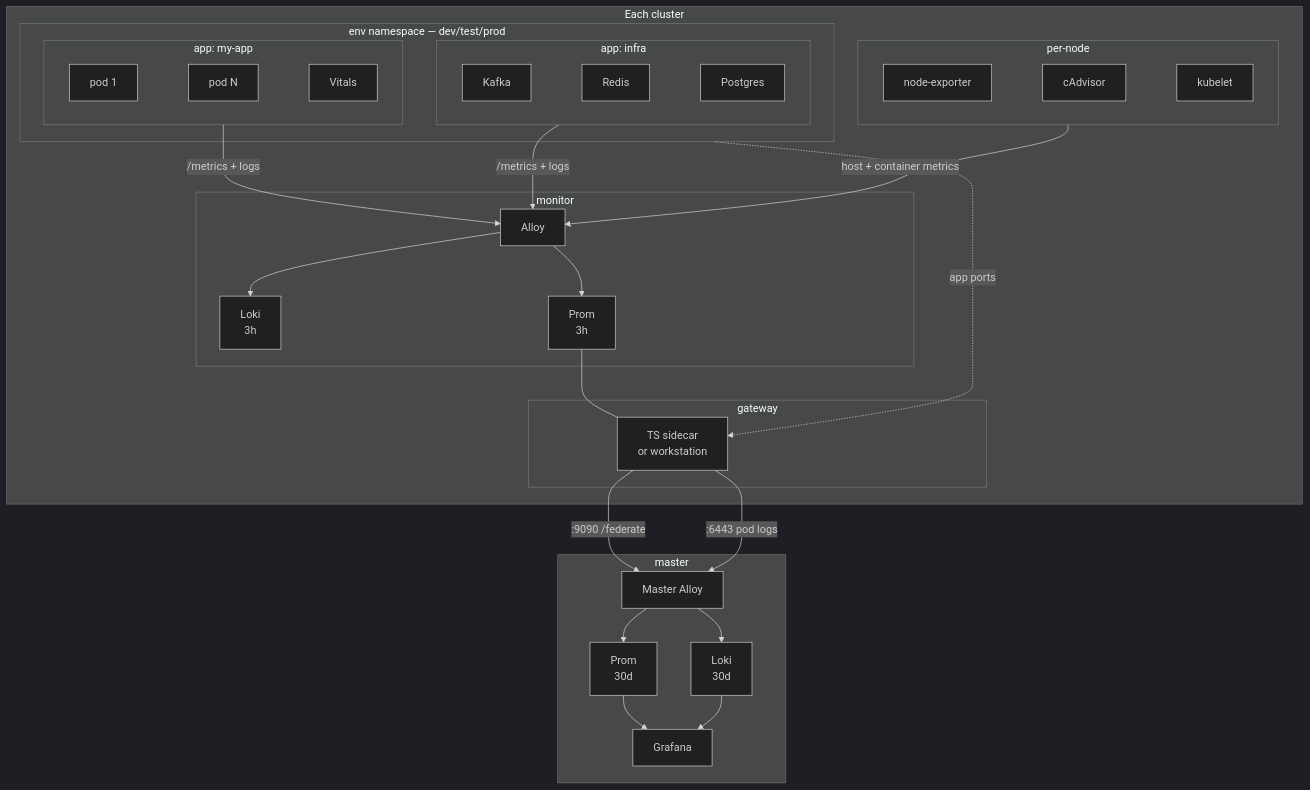
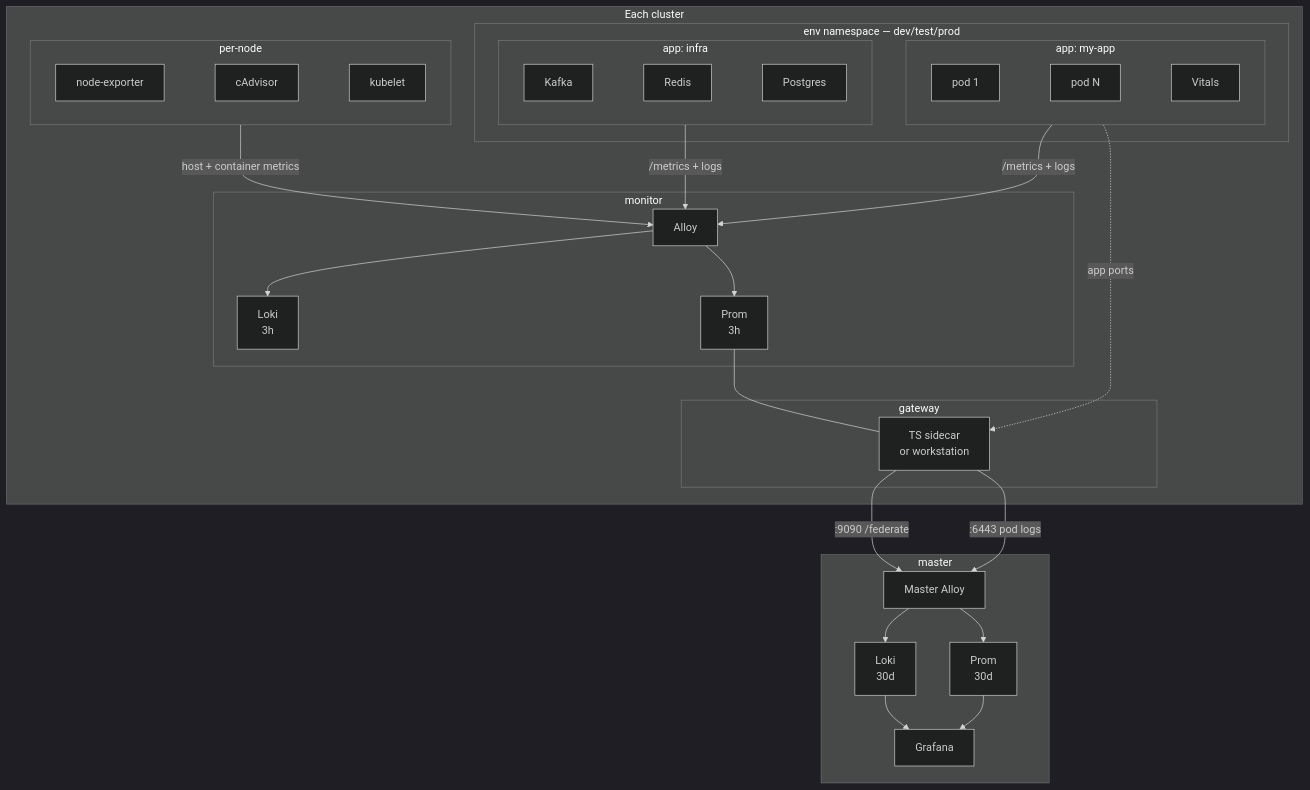
The fourth of 4 diagrams in docs/infrastructure.md (Kord96/kordinate), drawn with Mermaid (dark theme) before and after one commit.

Commit message:
docs: app ports from app: my-app to gateway, not env namespace [scribe]
Only user apps expose ports through gateway. Infra services
(Kafka, Redis, Postgres) do not.

````diff
--- a/docs/infrastructure.md
+++ b/docs/infrastructure.md
@@ -97,47 +97,47 @@
 ```mermaid
 flowchart TB
     subgraph cluster[Each cluster]
         subgraph env[env namespace — dev/test/prod]
             subgraph myapp["app: my-app"]
                 P1[pod 1]
                 PN[pod N]
                 VIT[Vitals]
                 P1 ~~~ PN ~~~ VIT
             end
             subgraph infra["app: infra"]
                 KF[Kafka]
                 RD[Redis]
                 PG[Postgres]
                 KF ~~~ RD ~~~ PG
             end
         end
 
         subgraph nodes[per-node]
             NE[node-exporter]
             CA[cAdvisor]
             KL[kubelet]
             NE ~~~ CA ~~~ KL
         end
 
         subgraph mon[monitor]
             AL[Alloy] --> LK[Loki<br/>3h] & PR[Prom<br/>3h]
         end
 
         subgraph gw[gateway]
             GWT[TS sidecar<br/>or workstation]
         end
 
         myapp & infra -->|/metrics + logs| AL
         nodes -->|host + container metrics| AL
         PR --- GWT
-        env -.->|app ports| GWT
+        myapp -.->|app ports| GWT
     end
 
     GWT -->|:9090 /federate| MA
     GWT -->|:6443 pod logs| MA
 
     subgraph master[master]
         MA[Master Alloy] --> ML[Loki<br/>30d] & MP[Prom<br/>30d]
         MP & ML --> G[Grafana]
     end
 ```
````
